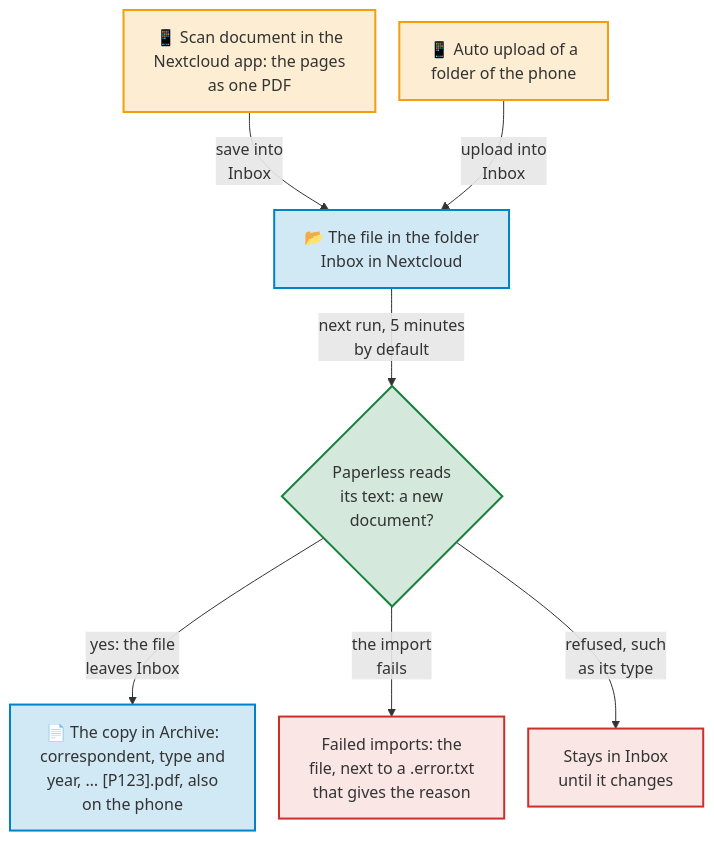
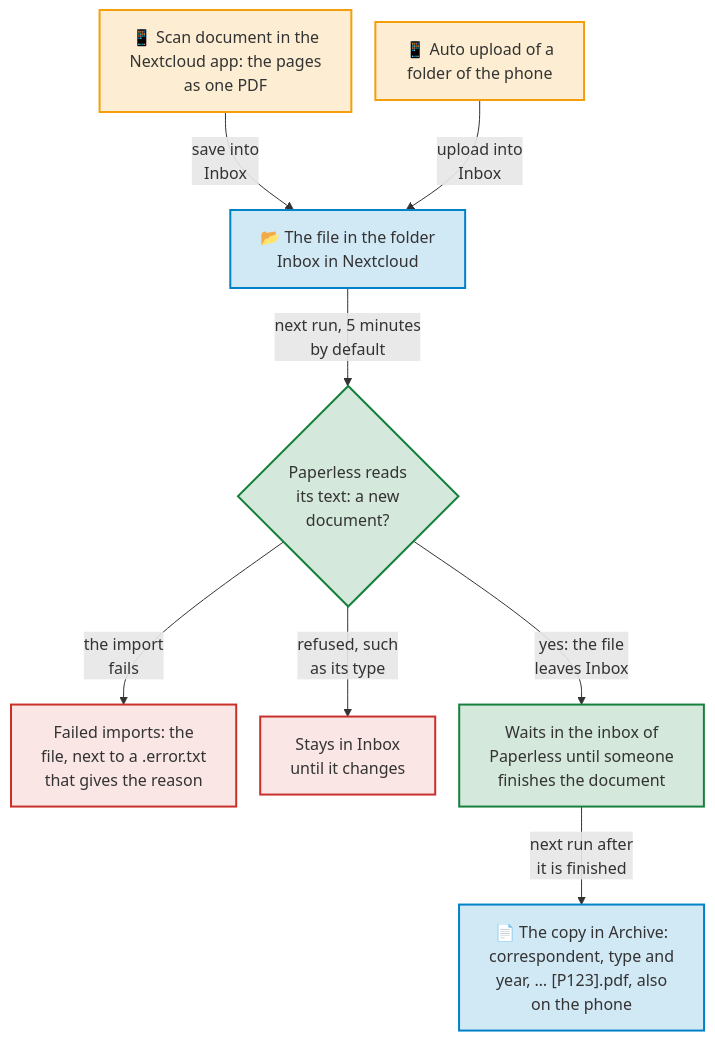
The diagram in docs/diagrams/how-a-scan-on-the-phone-reaches-paperless.mmd (Dennis-Otto/paperless-sync), drawn with Mermaid before and after one commit. The commit also changed 8 other files, not shown here.

First line of the commit message:
docs: say that a scan reaches the archive once Paperless has finished it

```diff
--- a/docs/diagrams/how-a-scan-on-the-phone-reaches-paperless.mmd
+++ b/docs/diagrams/how-a-scan-on-the-phone-reaches-paperless.mmd
@@ -1,32 +1,34 @@
 ---
 config:
   flowchart:
     nodeSpacing: 24
 ---
 flowchart TB
     accTitle: How a scan on the phone reaches Paperless
-    accDescr: On the phone, the scanner of the Nextcloud app saves the pages as a PDF into the folder Inbox, or the auto upload of the app takes a file from a folder of the phone into it. With the next run of Paperless Sync, at the interval that the administrator set, 5 minutes by default, the file goes to Paperless, which reads its text and makes it a document. When Paperless imports it, the file leaves the inbox, and the next run writes the copy of the new document into the archive, in the folders of its correspondent, its type and its year, with the marker of its ID, such as [P123], in its name; the phone finds it there. When the import fails, such as for a document that Paperless has already, the file moves to the folder Failed imports, next to a .error.txt that gives the reason; a file that Paperless refuses at once, such as one of a type that it doesn't take, stays in the inbox until it changes. Your steps are orange, Nextcloud blue, Paperless-ngx green and a failed import red.
+    accDescr: On the phone, the scanner of the Nextcloud app saves the pages as a PDF into the folder Inbox, or the auto upload of the app takes a file from a folder of the phone into it. With the next run of Paperless Sync, at the interval that the administrator set, 5 minutes by default, the file goes to Paperless, which reads its text and makes it a document. When Paperless imports it, the file leaves the inbox; once the document has left the inbox of Paperless too, when someone finished it there, the next run writes the copy of the new document into the archive, in the folders of its correspondent, its type and its year, with the marker of its ID, such as [P123], in its name; the phone finds it there. When the import fails, such as for a damaged PDF, the file moves to the folder Failed imports, next to a .error.txt that gives the reason; a file that Paperless refuses at once, such as one of a type that it doesn't take, stays in the inbox until it changes. Your steps are orange, Nextcloud blue, Paperless-ngx green and a failed import red.
 
     scan["📱 Scan document in the<br>Nextcloud app: the pages<br>as one PDF"]
     auto["📱 Auto upload of a<br>folder of the phone"]
     inbox["📂 The file in the folder<br>Inbox in Nextcloud"]
     paperless{"Paperless reads<br>its text: a new<br>document?"}
     failed["Failed imports: the<br>file, next to a .error.txt<br>that gives the reason"]
     refused["Stays in Inbox<br>until it changes"]
+    waiting["Waits in the inbox of<br>Paperless until someone<br>finishes the document"]
     archive["📄 The copy in Archive:<br>correspondent, type and<br>year, … [P123].pdf, also<br>on the phone"]
 
     scan -- "save into<br>Inbox" --> inbox
     auto -- "upload into<br>Inbox" --> inbox
     inbox -- "next run, 5 minutes<br>by default" --> paperless
-    paperless -- "yes: the file<br>leaves Inbox" --> archive
+    paperless -- "yes: the file<br>leaves Inbox" --> waiting
+    waiting -- "next run after<br>it is finished" --> archive
     paperless -- "the import<br>fails" --> failed
     paperless -- "refused, such<br>as its type" --> refused
 
     classDef yours fill:#f59e0b2e,stroke:#f59e0b,stroke-width:2px
     classDef nextcloud fill:#0082c92e,stroke:#0082c9,stroke-width:2px
     classDef paperless fill:#17803d2e,stroke:#17803d,stroke-width:2px
     classDef refused fill:#c9302c1f,stroke:#c9302c,stroke-width:2px
     class scan,auto yours
     class inbox,archive nextcloud
-    class paperless paperless
+    class paperless,waiting paperless
     class failed,refused refused
```
